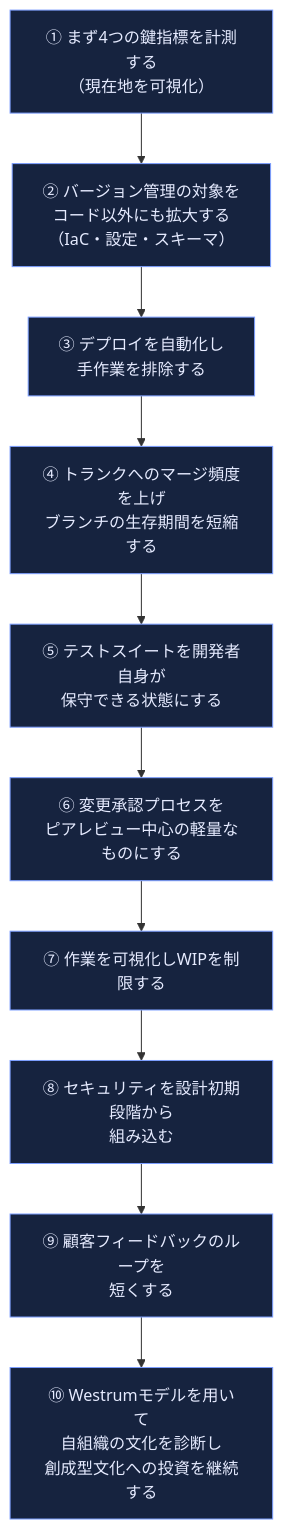
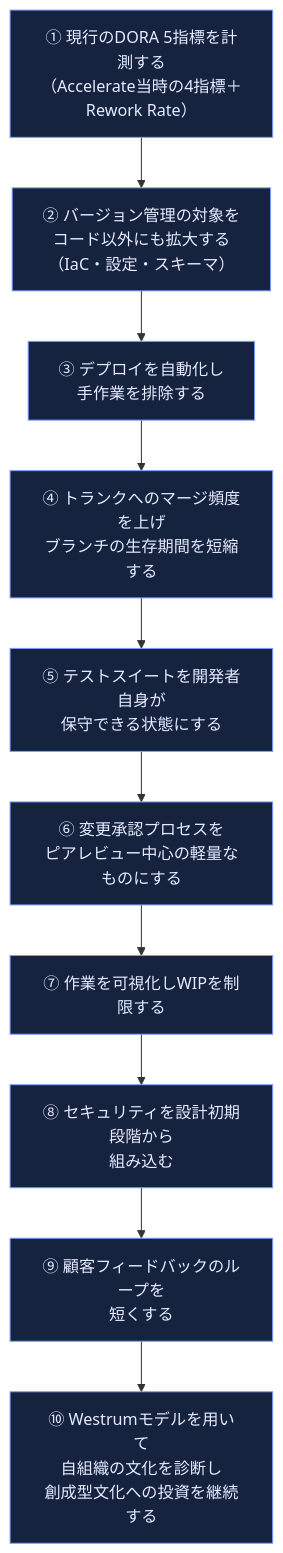
One commit to myoshi2891/Cloud-Infrastructure-Studies changed diagram 18 of 18 in Accelerate-lean-devops-guide.md. Above: the diagram before and after it, drawn with Mermaid. The commit also changed other lines of this file and 1 other file, not shown here.

````diff
--- a/Accelerate-lean-devops-guide.md
+++ b/Accelerate-lean-devops-guide.md
@@ -587,15 +587,15 @@
 ```mermaid
 flowchart TB
-    S1["① まず4つの鍵指標を計測する<br/>（現在地を可視化）"] --> S2["② バージョン管理の対象を<br/>コード以外にも拡大する<br/>（IaC・設定・スキーマ）"]
+    S1["① 現行のDORA 5指標を計測する<br/>（Accelerate当時の4指標＋Rework Rate）"] --> S2["② バージョン管理の対象を<br/>コード以外にも拡大する<br/>（IaC・設定・スキーマ）"]
     S2 --> S3["③ デプロイを自動化し<br/>手作業を排除する"]
     S3 --> S4["④ トランクへのマージ頻度を上げ<br/>ブランチの生存期間を短縮する"]
     S4 --> S5["⑤ テストスイートを開発者自身が<br/>保守できる状態にする"]
     S5 --> S6["⑥ 変更承認プロセスを<br/>ピアレビュー中心の軽量なものにする"]
     S6 --> S7["⑦ 作業を可視化しWIPを制限する"]
     S7 --> S8["⑧ セキュリティを設計初期段階から<br/>組み込む"]
     S8 --> S9["⑨ 顧客フィードバックのループを<br/>短くする"]
     S9 --> S10["⑩ Westrumモデルを用いて<br/>自組織の文化を診断し<br/>創成型文化への投資を継続する"]
 
     classDef step fill:#16233f,stroke:#7c9eff,color:#e6ebff
     class S1,S2,S3,S4,S5,S6,S7,S8,S9,S10 step
 ```
````
